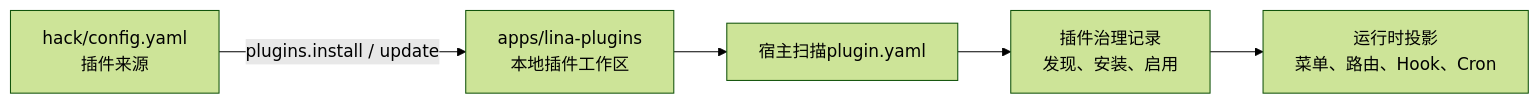
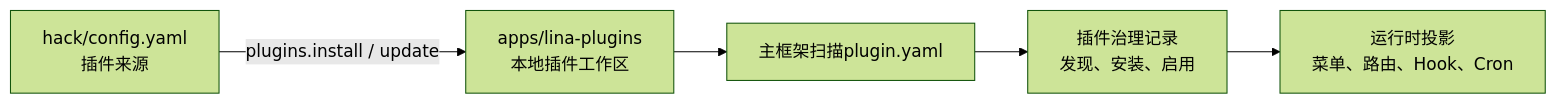
Before and after one commit to linaproai/linapro-site: the diagram in apps/lina-site/docs/docs/2000-components/5000-plugin-system/8000-plugin-management.md, drawn with Mermaid (forest theme). The commit also changed other lines of this file and 93 other files, not shown here.

````diff
--- a/apps/lina-site/docs/docs/2000-components/5000-plugin-system/8000-plugin-management.md
+++ b/apps/lina-site/docs/docs/2000-components/5000-plugin-system/8000-plugin-management.md
@@ -35,13 +35,13 @@
 ```mermaid
 flowchart LR
     Config["hack/config.yaml<br/>插件来源"]
     Workspace["apps/lina-plugins<br/>本地插件工作区"]
-    Host["宿主扫描plugin.yaml"]
+    Host["主框架扫描plugin.yaml"]
     Govern["插件治理记录<br/>发现、安装、启用"]
     Runtime["运行时投影<br/>菜单、路由、Hook、Cron"]
 
     Config -->|"plugins.install / update"| Workspace
     Workspace --> Host
     Host --> Govern
     Govern --> Runtime
 ```
````
